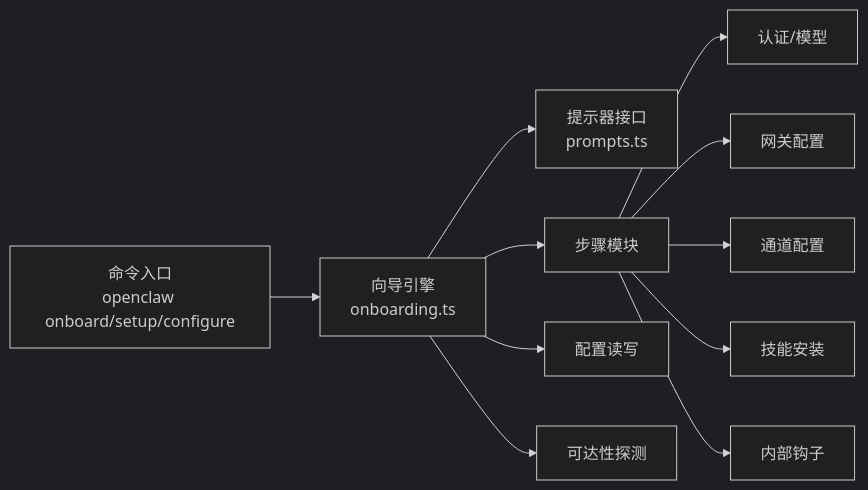
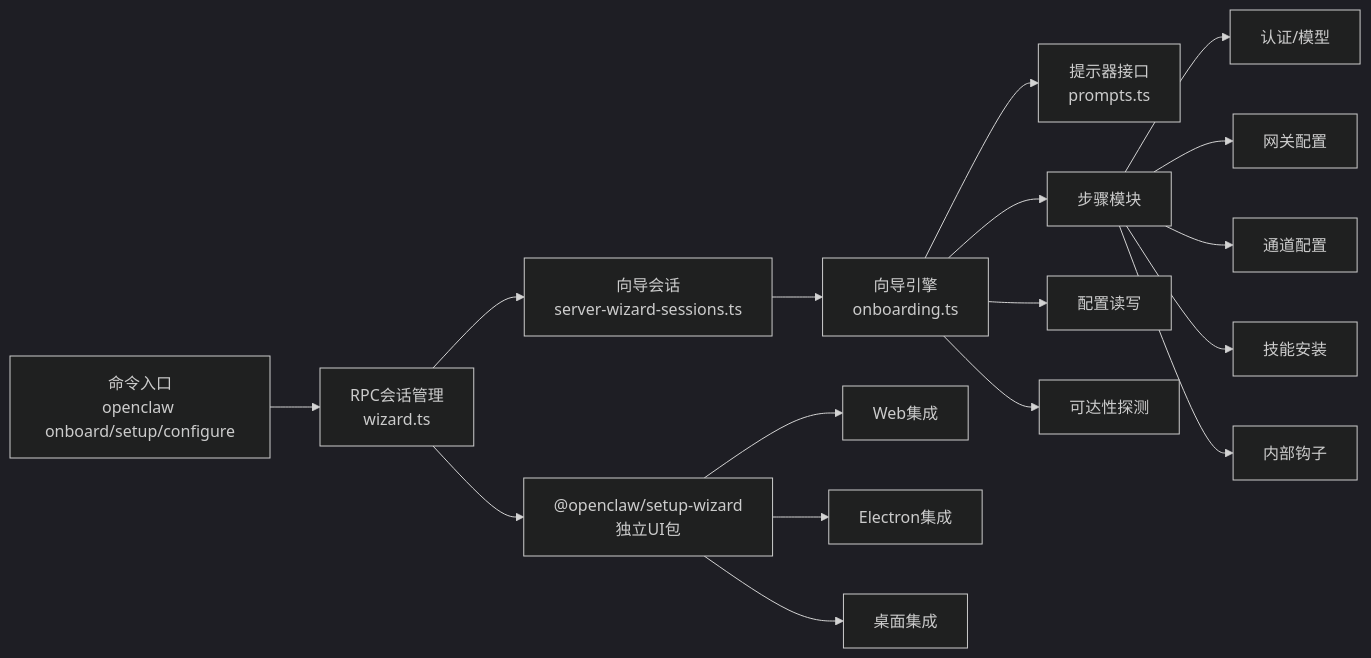
One commit to verse-ai-org/openclaw changed the fourth of 4 diagrams in .qoder/repowiki/zh/content/向导CLI参考.md. Above: the diagram before and after it, drawn with Mermaid (dark theme). The commit also changed other lines of this file and 78 other files, not shown here.

````diff
--- a/.qoder/repowiki/zh/content/向导CLI参考.md
+++ b/.qoder/repowiki/zh/content/向导CLI参考.md
@@ -195,13 +263,19 @@
 ```mermaid
 graph LR
-Cmd["命令入口<br/>openclaw onboard/setup/configure"] --> Engine["向导引擎<br/>onboarding.ts"]
+Cmd["命令入口<br/>openclaw onboard/setup/configure"] --> RPC["RPC会话管理<br/>wizard.ts"]
+RPC --> Session["向导会话<br/>server-wizard-sessions.ts"]
+Session --> Engine["向导引擎<br/>onboarding.ts"]
 Engine --> Prompt["提示器接口<br/>prompts.ts"]
 Engine --> Steps["步骤模块"]
 Steps --> Auth["认证/模型"]
 Steps --> GW["网关配置"]
 Steps --> Ch["通道配置"]
 Steps --> Sk["技能安装"]
 Steps --> Hook["内部钩子"]
 Engine --> Cfg["配置读写"]
 Engine --> Probe["可达性探测"]
+RPC --> UI["@openclaw/setup-wizard<br/>独立UI包"]
+UI --> Web["Web集成"]
+UI --> Electron["Electron集成"]
+UI --> Desktop["桌面集成"]
 ```
````
